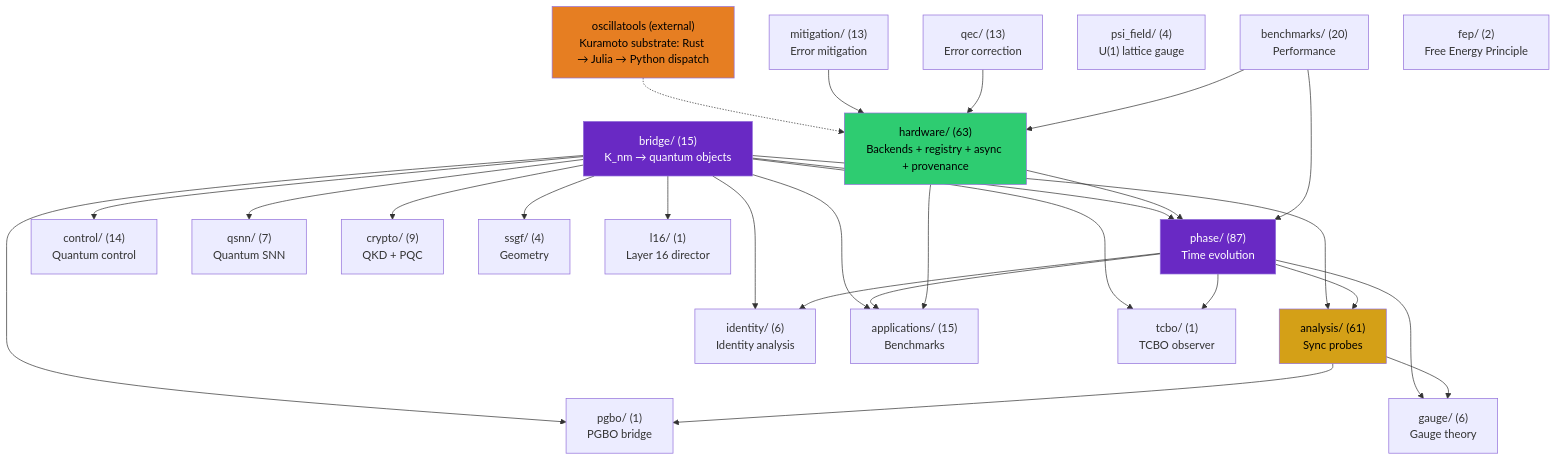
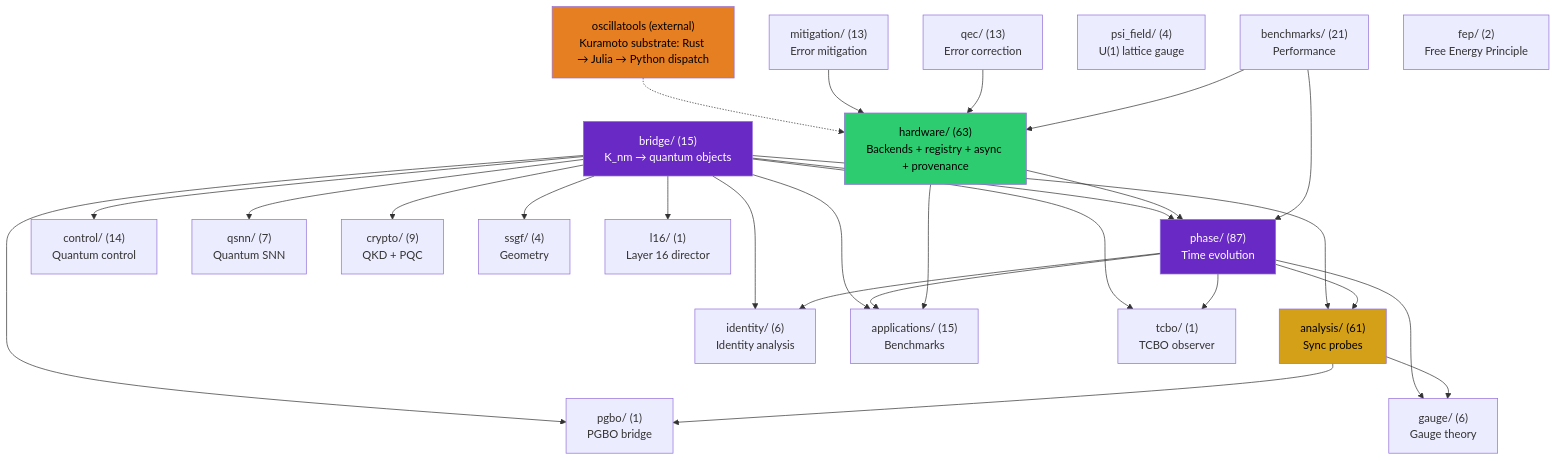
The first of 4 diagrams in docs/architecture.md (anulum/scpn-quantum-control), drawn with Mermaid before and after one commit. The commit also changed 16 other files, not shown here.

````diff
--- a/docs/architecture.md
+++ b/docs/architecture.md
@@ -88,55 +88,55 @@
 ```mermaid
 graph TD
     bridge["bridge/ (15)\nK_nm → quantum objects"]
     phase["phase/ (87)\nTime evolution"]
     analysis["analysis/ (61)\nSync probes"]
     control["control/ (14)\nQuantum control"]
     qsnn["qsnn/ (7)\nQuantum SNN"]
     identity["identity/ (6)\nIdentity analysis"]
     hardware["hardware/ (63)\nBackends + registry + async + provenance"]
     mitigation["mitigation/ (13)\nError mitigation"]
     qec["qec/ (13)\nError correction"]
     gauge["gauge/ (6)\nGauge theory"]
     apps["applications/ (15)\nBenchmarks"]
     crypto["crypto/ (9)\nQKD + PQC"]
-    benchmarks["benchmarks/ (20)\nPerformance"]
+    benchmarks["benchmarks/ (21)\nPerformance"]
     ssgf["ssgf/ (4)\nGeometry"]
     psi_field["psi_field/ (4)\nU(1) lattice gauge"]
     oscillatools["oscillatools (external)\nKuramoto substrate: Rust → Julia → Python dispatch"]
     fep["fep/ (2)\nFree Energy Principle"]
     tcbo["tcbo/ (1)\nTCBO observer"]
     pgbo["pgbo/ (1)\nPGBO bridge"]
     l16["l16/ (1)\nLayer 16 director"]
 
     bridge --> phase
     bridge --> analysis
     bridge --> control
     bridge --> qsnn
     bridge --> identity
     bridge --> apps
     bridge --> crypto
     bridge --> ssgf
     phase --> analysis
     phase --> identity
     phase --> apps
     phase --> gauge
     analysis --> gauge
     hardware --> phase
     hardware --> apps
     oscillatools -.-> hardware
     mitigation --> hardware
     qec --> hardware
     benchmarks --> phase
     benchmarks --> hardware
     bridge --> tcbo
     bridge --> pgbo
     bridge --> l16
     phase --> tcbo
     analysis --> pgbo
 
     style bridge fill:#6929C4,color:#fff
     style analysis fill:#d4a017,color:#000
     style phase fill:#6929C4,color:#fff
     style hardware fill:#2ecc71,color:#000
     style oscillatools fill:#e67e22,color:#000
 ```
````
